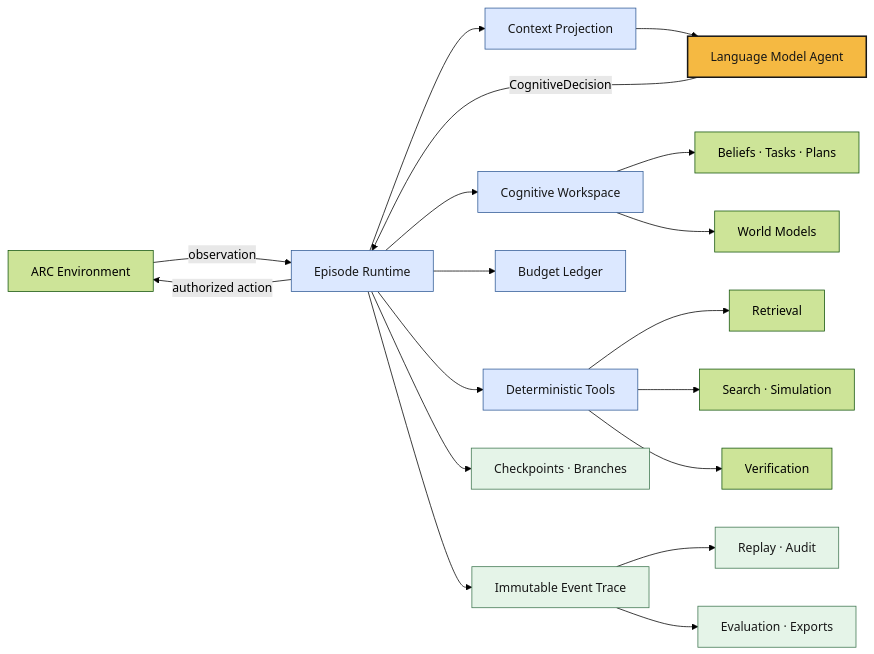
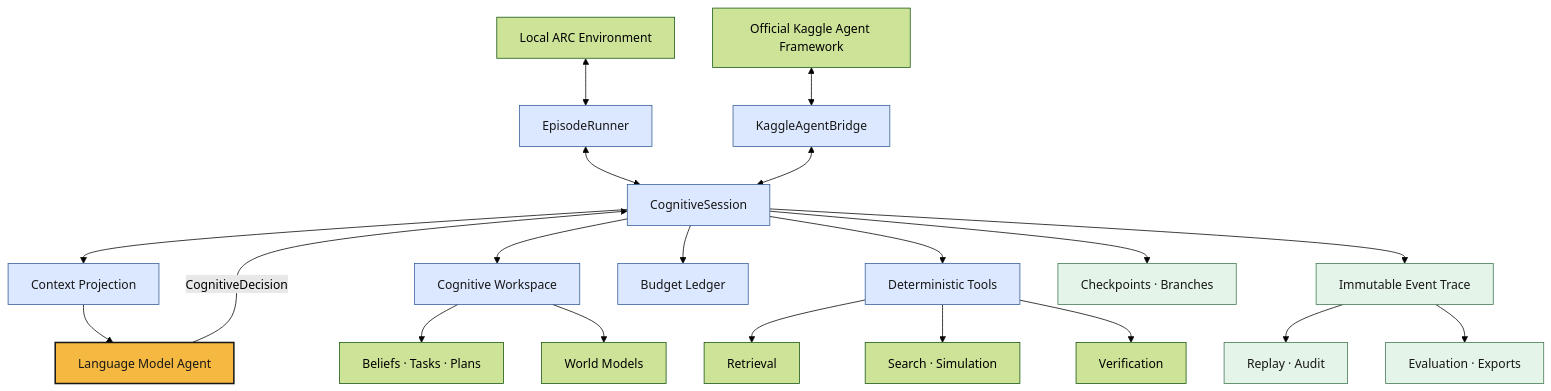
Before and after one commit to SiddarthaKoppaka/AREx: the diagram in README.md, drawn with Mermaid (forest theme). The commit also changed other lines of this file and 27 other files, not shown here.

Commit message:
Align runtime with Kaggle agent callbacks

````diff
--- a/README.md
+++ b/README.md
@@ -28,31 +28,33 @@
 ```mermaid
-flowchart LR
-    ENV[ARC Environment] -->|observation| RT[Episode Runtime]
-    RT --> CTX[Context Projection]
-    CTX --> LM[Language Model Agent]
-    LM -->|CognitiveDecision| RT
+flowchart TB
+  ENV[Local ARC Environment] <--> RUNNER[EpisodeRunner]
+  KAGGLE[Official Kaggle Agent Framework] <--> BRIDGE[KaggleAgentBridge]
+  RUNNER <--> SESSION[CognitiveSession]
+  BRIDGE <--> SESSION
+  SESSION --> CTX[Context Projection]
+  CTX --> LM[Language Model Agent]
+  LM -->|CognitiveDecision| SESSION
 
-    RT --> COG[Cognitive Workspace]
+  SESSION --> COG[Cognitive Workspace]
     COG --> MEM[Beliefs · Tasks · Plans]
     COG --> WM[World Models]
 
-    RT --> TOOLS[Deterministic Tools]
+  SESSION --> TOOLS[Deterministic Tools]
     TOOLS --> RET[Retrieval]
     TOOLS --> SEARCH[Search · Simulation]
     TOOLS --> VERIFY[Verification]
 
-    RT -->|authorized action| ENV
-    RT --> BUDGET[Budget Ledger]
-    RT --> TRACE[Immutable Event Trace]
-    RT --> CHECKPOINT[Checkpoints · Branches]
+  SESSION --> BUDGET[Budget Ledger]
+  SESSION --> TRACE[Immutable Event Trace]
+  SESSION --> CHECKPOINT[Checkpoints · Branches]
 
     TRACE --> REPLAY[Replay · Audit]
     TRACE --> EVAL[Evaluation · Exports]
 
     classDef agent fill:#f5b942,stroke:#171717,color:#171717,stroke-width:2px;
     classDef runtime fill:#dce8ff,stroke:#315b96,color:#171717;
     classDef record fill:#e5f4e8,stroke:#3f7650,color:#171717;
     class LM agent;
-    class RT,CTX,COG,TOOLS,BUDGET runtime;
+    class RUNNER,BRIDGE,SESSION,CTX,COG,TOOLS,BUDGET runtime;
     class TRACE,CHECKPOINT,REPLAY,EVAL record;
 ```
````
